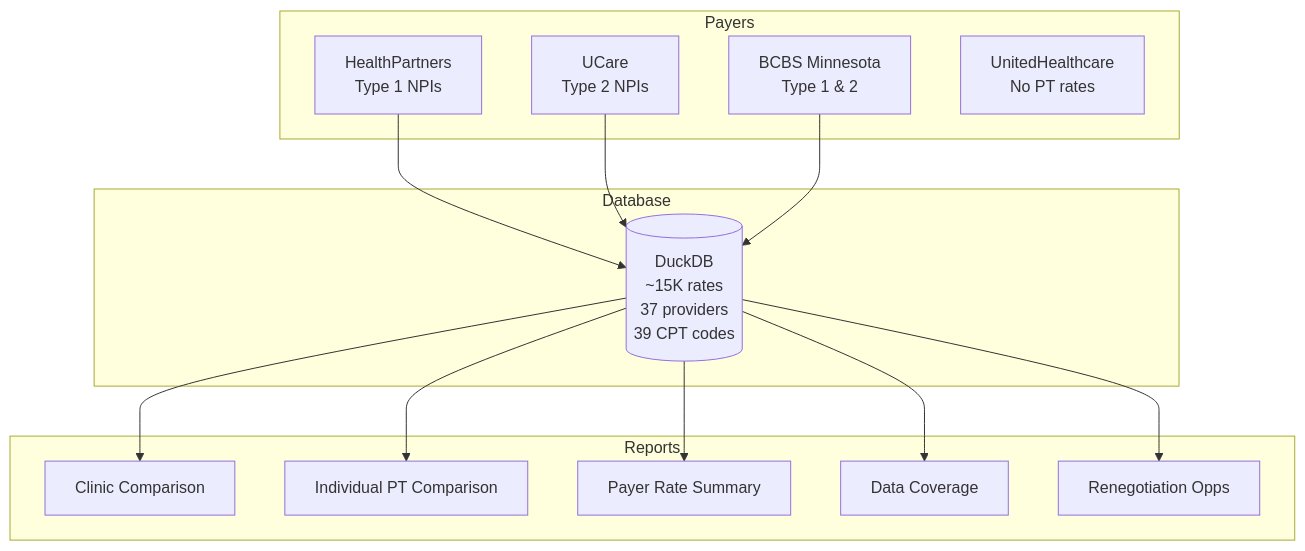
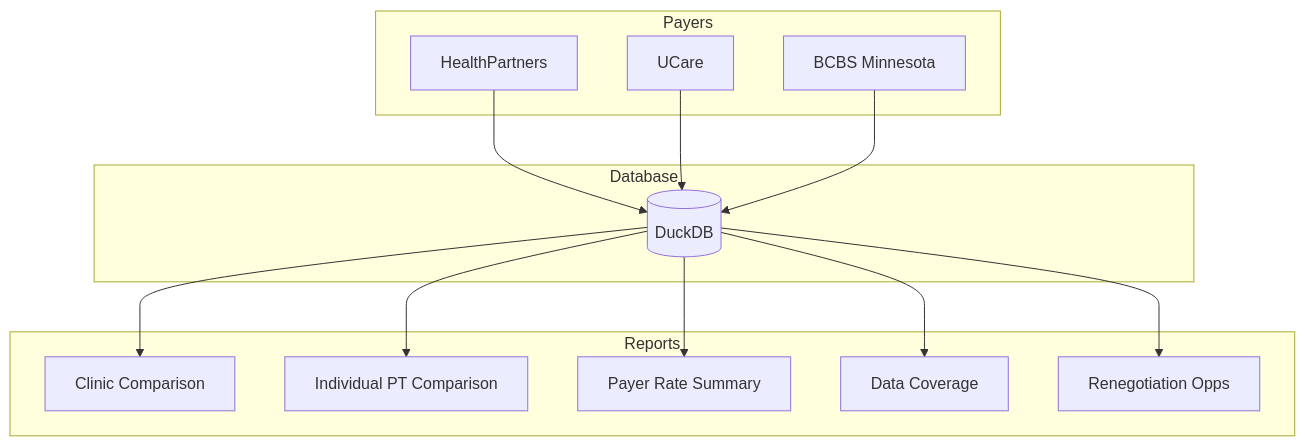
One commit to 2016judea/Physical-Therapy-Market-Analysis changed the second of 3 diagrams in README.md. Above: the diagram before and after it, drawn with Mermaid. The commit also changed other lines of this file and 6 other files, not shown here.

````diff
--- a/README.md
+++ b/README.md
@@ -47,30 +47,29 @@
 ```mermaid
 flowchart TD
     subgraph Payers
-        HP["HealthPartners\nType 1 NPIs"]
-        UC["UCare\nType 2 NPIs"]
-        BCBS["BCBS Minnesota\nType 1 & 2"]
-        UHC["UnitedHealthcare\nNo PT rates"]
+        HP["HealthPartners"]
+        UC["UCare"]
+        BCBS["BCBS Minnesota"]
     end
     
     subgraph Database
-        DB[("DuckDB\n~15K rates\n37 providers\n39 CPT codes")]
+        DB[("DuckDB")]
     end
     
     subgraph Reports
         R1["Clinic Comparison"]
         R2["Individual PT Comparison"]
         R3["Payer Rate Summary"]
         R4["Data Coverage"]
         R5["Renegotiation Opps"]
     end
     
     HP --> DB
     UC --> DB
     BCBS --> DB
     DB --> R1
     DB --> R2
     DB --> R3
     DB --> R4
     DB --> R5
 ```
````
